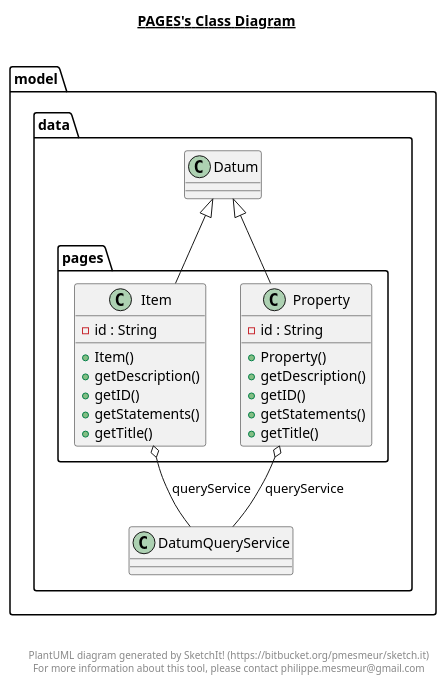
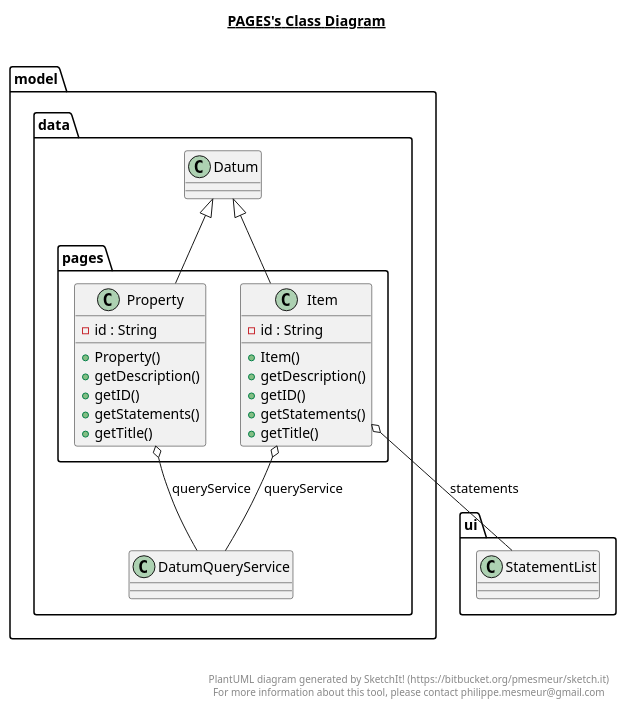
The diagram in src/main/model/data/pages/pages.plantuml (Bryce-MW/WikidataExplorer), drawn with PlantUML before and after one commit. The commit also changed 6 other files, not shown here.

Commit message:
Updated UML diagrams. There are a lot of circular dependencies!

```diff
--- a/src/main/model/data/pages/pages.plantuml
+++ b/src/main/model/data/pages/pages.plantuml
@@ -1,46 +1,47 @@
 @startuml
 
 title __PAGES's Class Diagram__\n
 
   namespace model.data {
     namespace pages {
       class model.data.pages.Item {
           - id : String
           + Item()
           + getDescription()
           + getID()
           + getStatements()
           + getTitle()
       }
     }
   }
   
 
   namespace model.data {
     namespace pages {
       class model.data.pages.Property {
           - id : String
           + Property()
           + getDescription()
           + getID()
           + getStatements()
           + getTitle()
       }
     }
   }
   
 
   model.data.pages.Item -up-|> model.data.Datum
   model.data.pages.Item o-- model.data.DatumQueryService : queryService
+  model.data.pages.Item o-- ui.StatementList : statements
   model.data.pages.Property -up-|> model.data.Datum
   model.data.pages.Property o-- model.data.DatumQueryService : queryService
 
 
 right footer
 
 
 PlantUML diagram generated by SketchIt! (https://bitbucket.org/pmesmeur/sketch.it)
 For more information about this tool, please contact philippe.mesmeur@gmail.com
 endfooter
 
 @enduml
```
